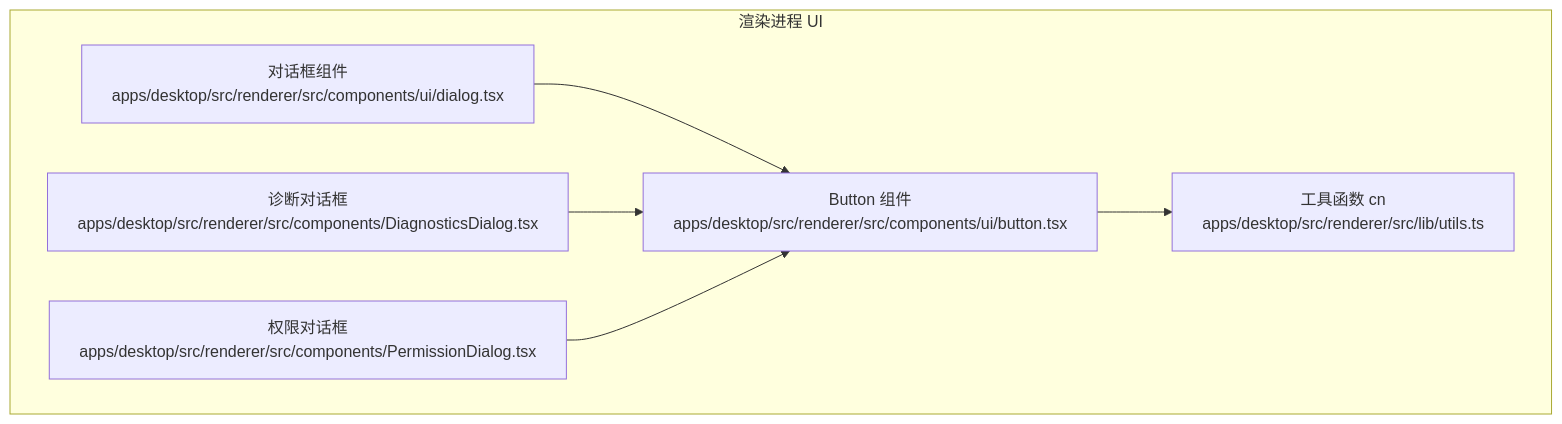
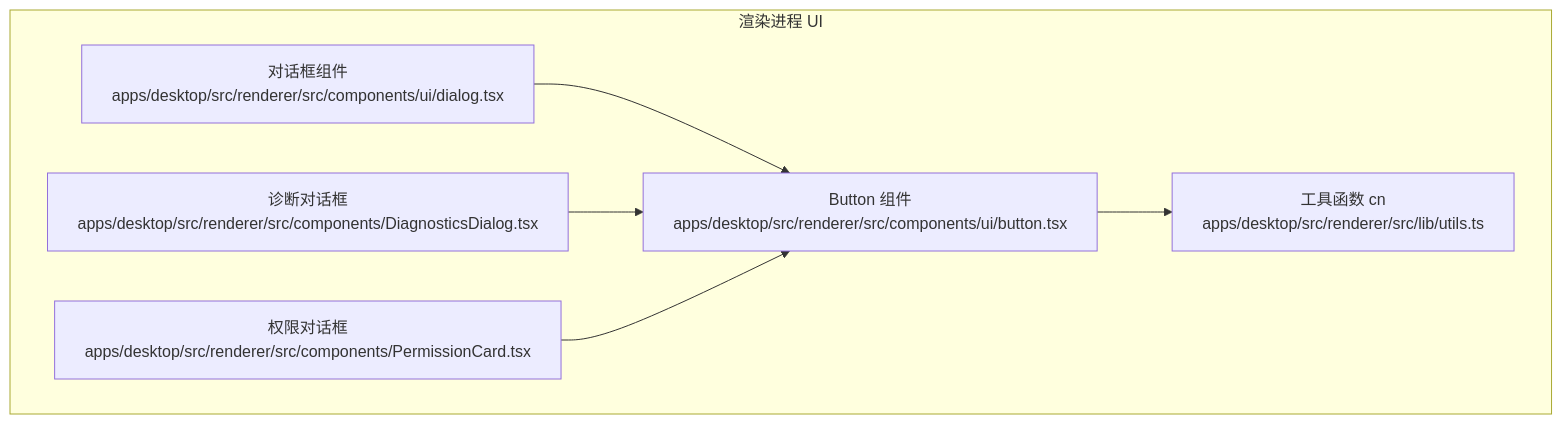
Before and after one commit to Azusa010/personal-agent: the first of 3 diagrams in .repowiki/zh/content/用户界面/UI 组件库/Button 按钮组件.md, drawn with Mermaid. The commit also changed other lines of this file and 88 other files, not shown here.

````diff
--- a/.repowiki/zh/content/用户界面/UI 组件库/Button 按钮组件.md
+++ b/.repowiki/zh/content/用户界面/UI 组件库/Button 按钮组件.md
@@ -31,14 +31,14 @@
 ```mermaid
 graph TB
 subgraph "渲染进程 UI"
 A["Button 组件<br/>apps/desktop/src/renderer/src/components/ui/button.tsx"]
 B["工具函数 cn<br/>apps/desktop/src/renderer/src/lib/utils.ts"]
 C["对话框组件<br/>apps/desktop/src/renderer/src/components/ui/dialog.tsx"]
 D["诊断对话框<br/>apps/desktop/src/renderer/src/components/DiagnosticsDialog.tsx"]
-E["权限对话框<br/>apps/desktop/src/renderer/src/components/PermissionDialog.tsx"]
+E["权限对话框<br/>apps/desktop/src/renderer/src/components/PermissionCard.tsx"]
 end
 A --> B
 C --> A
 D --> A
 E --> A
 ```
````
